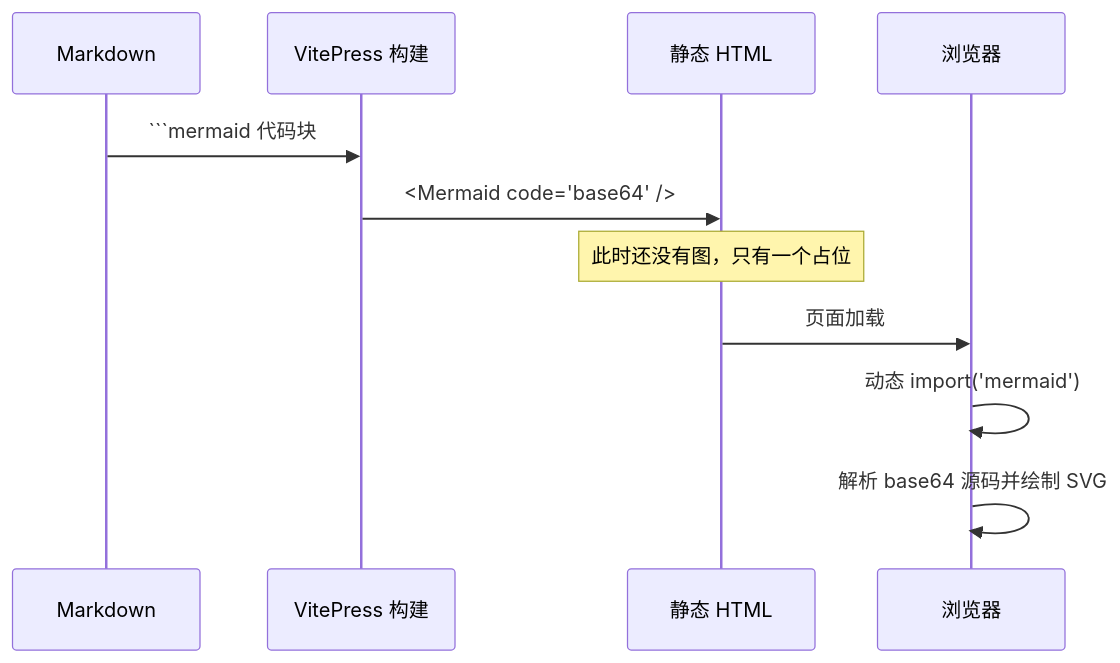
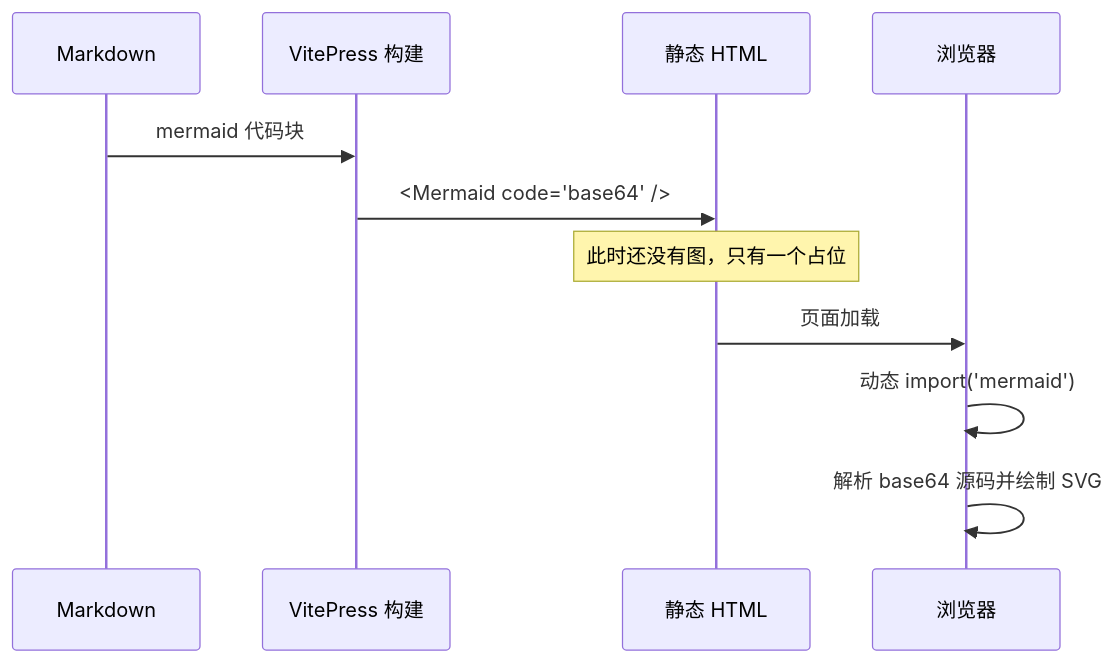
Before and after one commit to alvisisme/vitepress-gitbook-template: the diagram in docs/features/index.md, drawn with Mermaid. The commit also changed 11 other files, not shown here.

First line of the commit message:
docs: 修复 Mermaid 词法错误，并同步说明文档

````diff
--- a/docs/features/index.md
+++ b/docs/features/index.md
@@ -36,14 +36,14 @@
 ```mermaid
 sequenceDiagram
   participant MD as Markdown
   participant VP as VitePress 构建
   participant HTML as 静态 HTML
   participant Browser as 浏览器
 
-  MD->>VP: ```mermaid 代码块
+  MD->>VP: mermaid 代码块
   VP->>HTML: <Mermaid code="base64" />
   Note over HTML: 此时还没有图，只有一个占位
   HTML->>Browser: 页面加载
   Browser->>Browser: 动态 import('mermaid')
   Browser->>Browser: 解析 base64 源码并绘制 SVG
 ```
````
